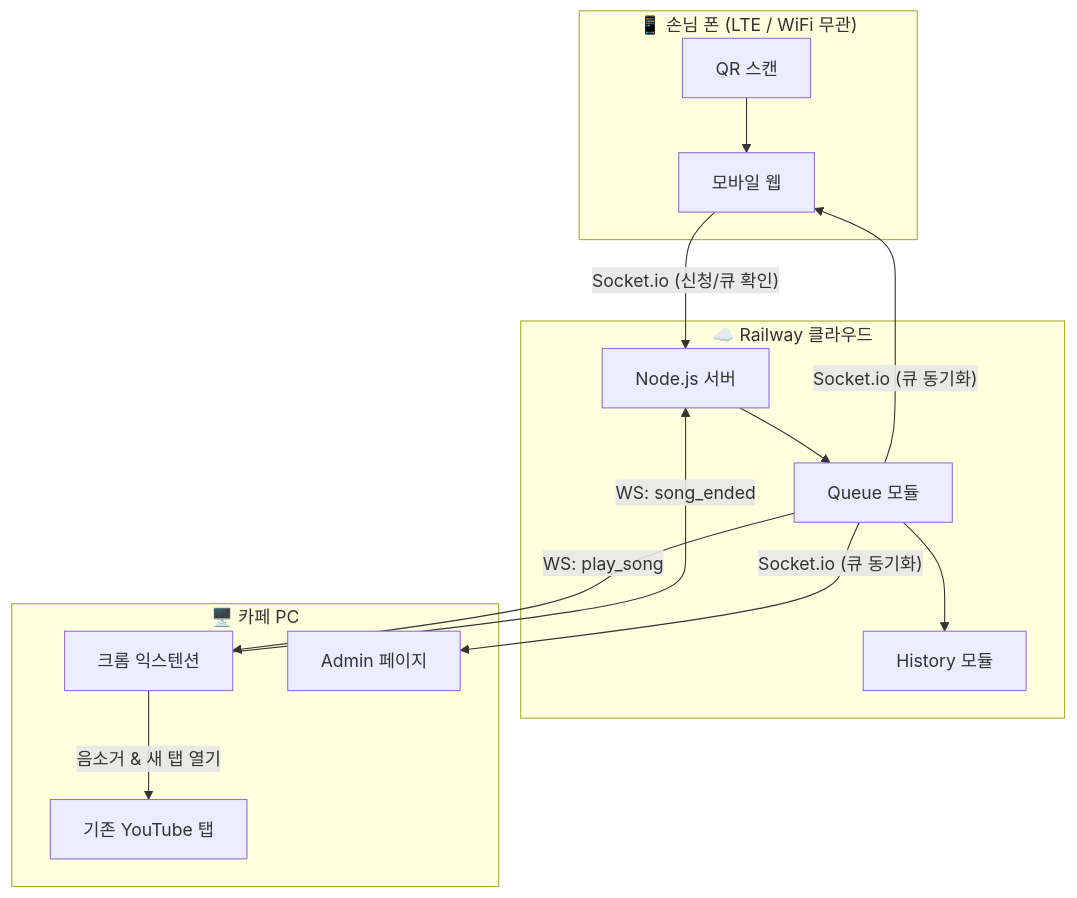
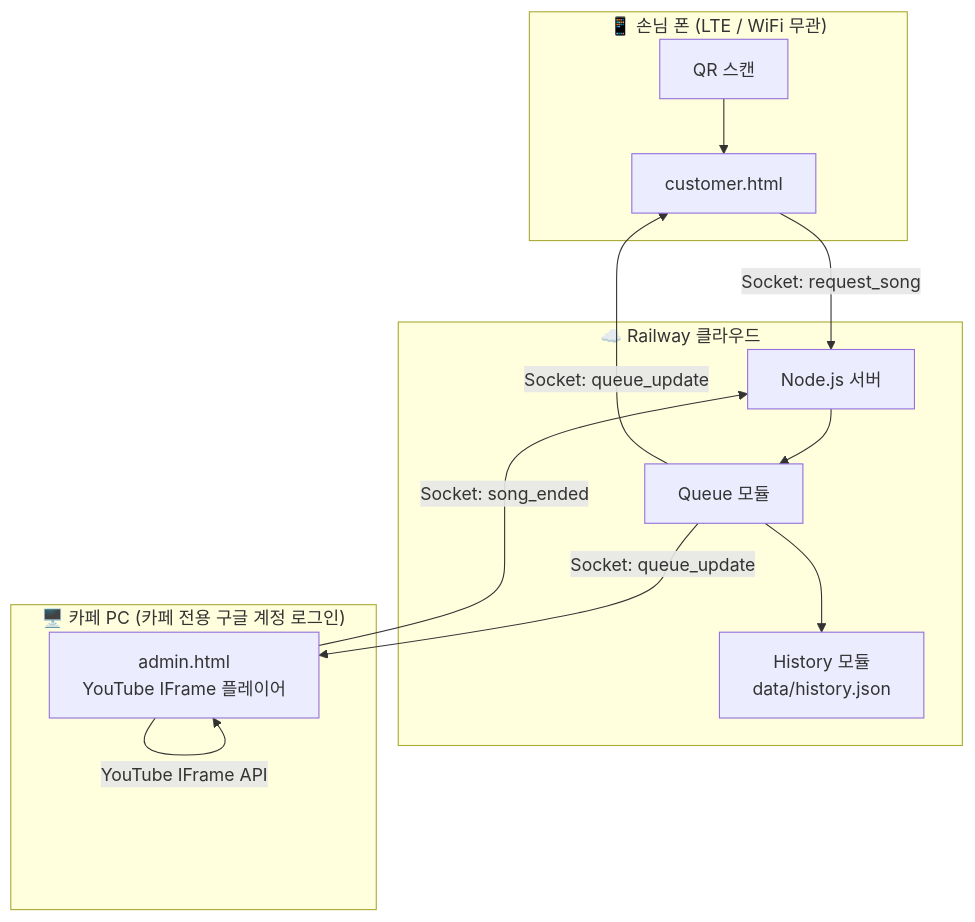
Before and after one commit to sngmng6506/caffeine-Flow: the first of 3 diagrams in README.md, drawn with Mermaid. The commit also changed other lines of this file and 6 other files, not shown here.

````diff
--- a/README.md
+++ b/README.md
@@ -42,28 +41,25 @@
 ```mermaid
 graph TD
     subgraph 손님["📱 손님 폰 (LTE / WiFi 무관)"]
         QR[QR 스캔]
-        WEB[모바일 웹]
+        WEB[customer.html]
     end
 
     subgraph 클라우드["☁️ Railway 클라우드"]
         SERVER[Node.js 서버]
         QUEUE[Queue 모듈]
-        HISTORY[History 모듈]
+        HISTORY[History 모듈<br/>data/history.json]
     end
 
-    subgraph 카페PC["🖥️ 카페 PC"]
-        EXT[크롬 익스텐션]
-        YT_기존[기존 YouTube 탭]
-        ADMIN[Admin 페이지]
+    subgraph 카페PC["🖥️ 카페 PC (카페 전용 구글 계정 로그인)"]
+        ADMIN[admin.html<br/>YouTube IFrame 플레이어]
     end
 
     QR --> WEB
-    WEB -->|"Socket.io (신청/큐 확인)"| SERVER
+    WEB -->|"Socket: request_song"| SERVER
     SERVER --> QUEUE --> HISTORY
-    QUEUE -->|"Socket.io (큐 동기화)"| WEB
-    QUEUE -->|"Socket.io (큐 동기화)"| ADMIN
-    QUEUE -->|"WS: play_song"| EXT
-    EXT -->|음소거 & 새 탭 열기| YT_기존
-    EXT -->|"WS: song_ended"| SERVER
+    QUEUE -->|"Socket: queue_update"| WEB
+    QUEUE -->|"Socket: queue_update"| ADMIN
+    ADMIN -->|"Socket: song_ended"| SERVER
+    ADMIN -->|YouTube IFrame API| ADMIN
 ```
````
